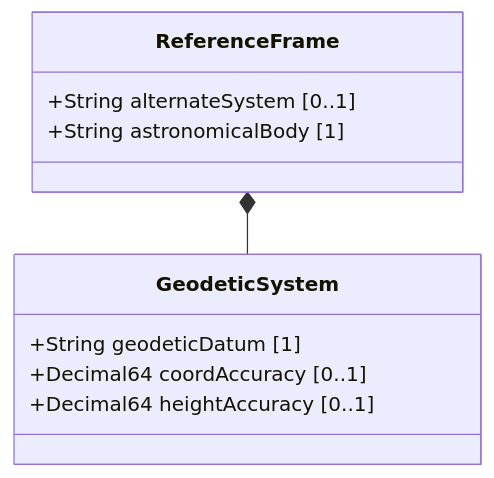
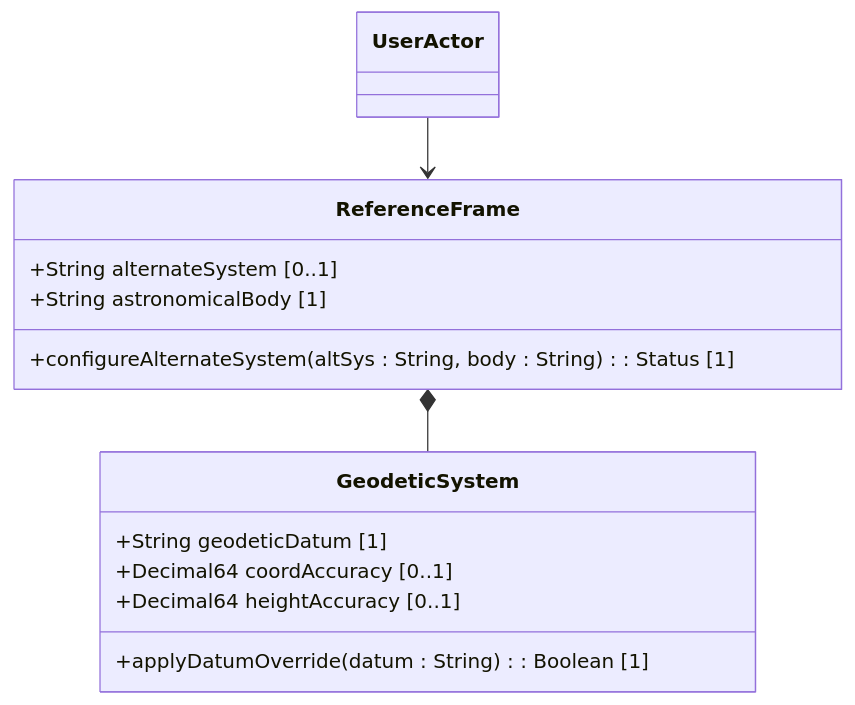
One commit to gintatkinson/dep-tst37 changed the diagram in docs/features/feat-01-reference-frame.md. Above: the diagram before and after it, drawn with Mermaid. The commit also changed 10 other files, not shown here.

Commit message:
docs: resolve UML and linter compliance errors in specifications

````diff
--- a/docs/features/feat-01-reference-frame.md
+++ b/docs/features/feat-01-reference-frame.md
@@ -17,13 +17,18 @@
 ```mermaid
 classDiagram
+    class UserActor {
+    }
     class ReferenceFrame {
         +String alternateSystem [0..1]
         +String astronomicalBody [1]
+        +configureAlternateSystem(altSys : String, body : String) : Status [1]
     }
     class GeodeticSystem {
         +String geodeticDatum [1]
         +Decimal64 coordAccuracy [0..1]
         +Decimal64 heightAccuracy [0..1]
+        +applyDatumOverride(datum : String) : Boolean [1]
     }
+    UserActor --> ReferenceFrame
     ReferenceFrame *-- GeodeticSystem
 ```
````
